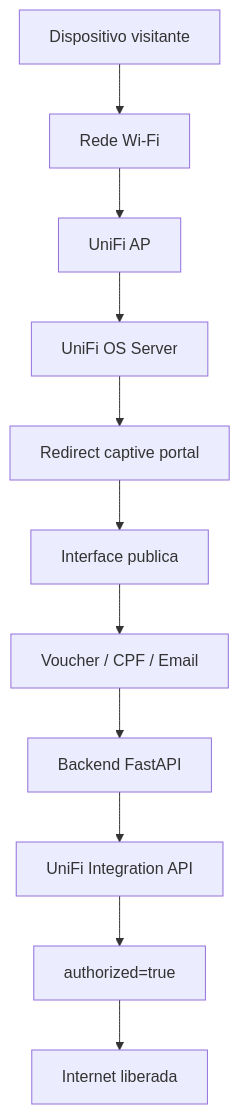
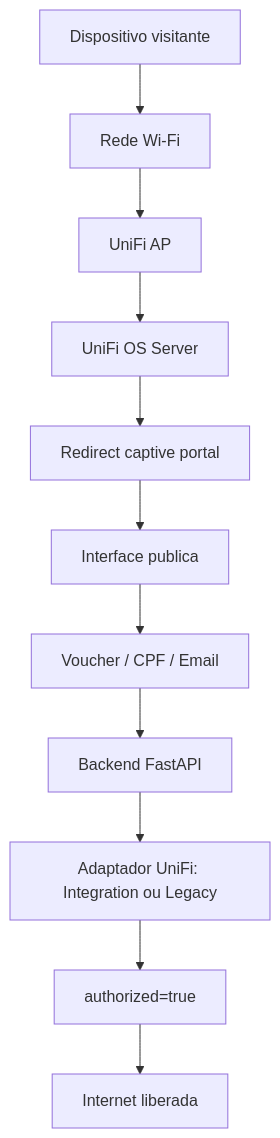
The second of 6 diagrams in README.md (roberth-silva-lab/Captive-portal), drawn with Mermaid before and after one commit. The commit also changed other lines of this file, not shown here.

Commit message:
docs: update architecture for Windows and legacy UniFi

````diff
--- a/README.md
+++ b/README.md
@@ -46,13 +46,13 @@
 ```mermaid
 flowchart TD
   Client[Dispositivo visitante] --> WiFi[Rede Wi-Fi]
   WiFi --> AP[UniFi AP]
   AP --> UniFiOS[UniFi OS Server]
   UniFiOS --> Redirect[Redirect captive portal]
   Redirect --> Portal[Interface publica]
   Portal --> Auth[Voucher / CPF / Email]
   Auth --> API[Backend FastAPI]
-  API --> UniFiAPI[UniFi Integration API]
+  API --> UniFiAPI[Adaptador UniFi: Integration ou Legacy]
   UniFiAPI --> Confirmacao[authorized=true]
   Confirmacao --> Internet[Internet liberada]
 ```
````
